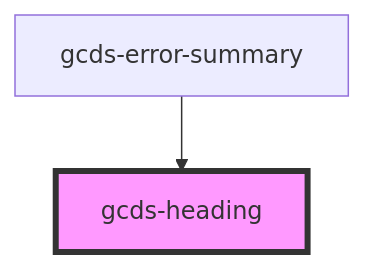
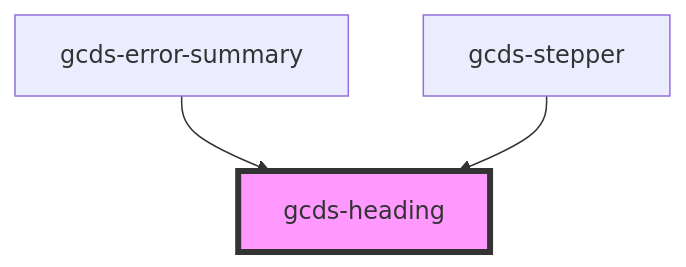
Before and after one commit to cds-snc/gcds-components: the diagram in packages/web/src/components/gcds-heading/readme.md, drawn with Mermaid. The commit also changed other lines of this file and 4 other files, not shown here.

Commit message:
refactor: integrate gcds-heading into gcds-stepper

````diff
--- a/packages/web/src/components/gcds-heading/readme.md
+++ b/packages/web/src/components/gcds-heading/readme.md
@@ -25,5 +26,6 @@
 ```mermaid
 graph TD;
   gcds-error-summary --> gcds-heading
+  gcds-stepper --> gcds-heading
   style gcds-heading fill:#f9f,stroke:#333,stroke-width:4px
 ```
````
